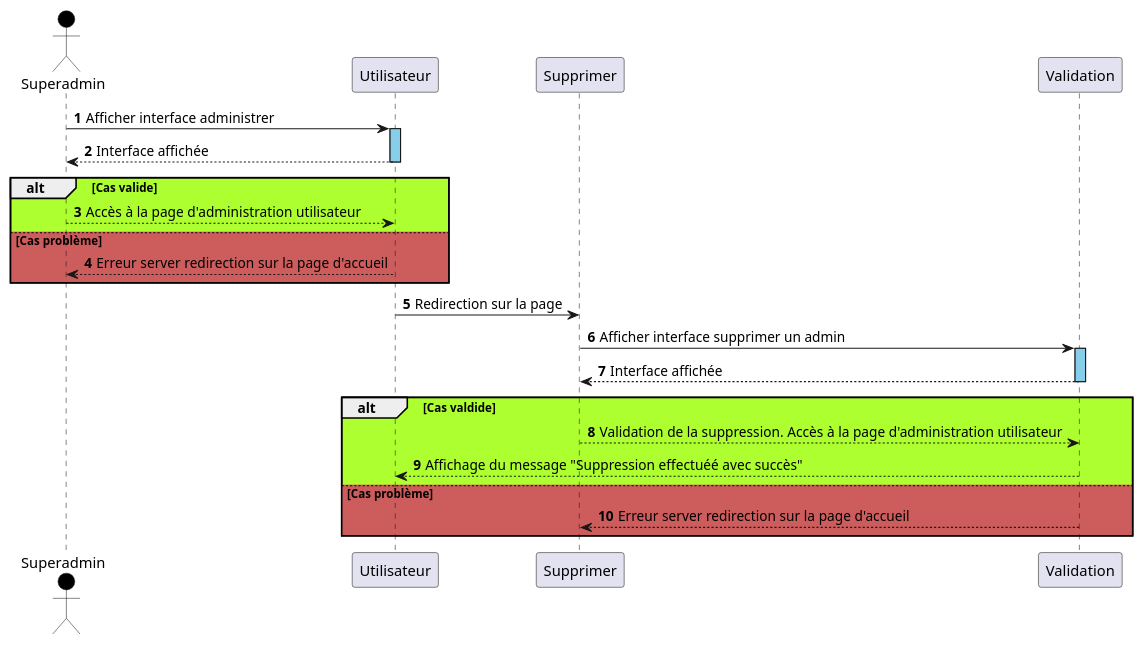
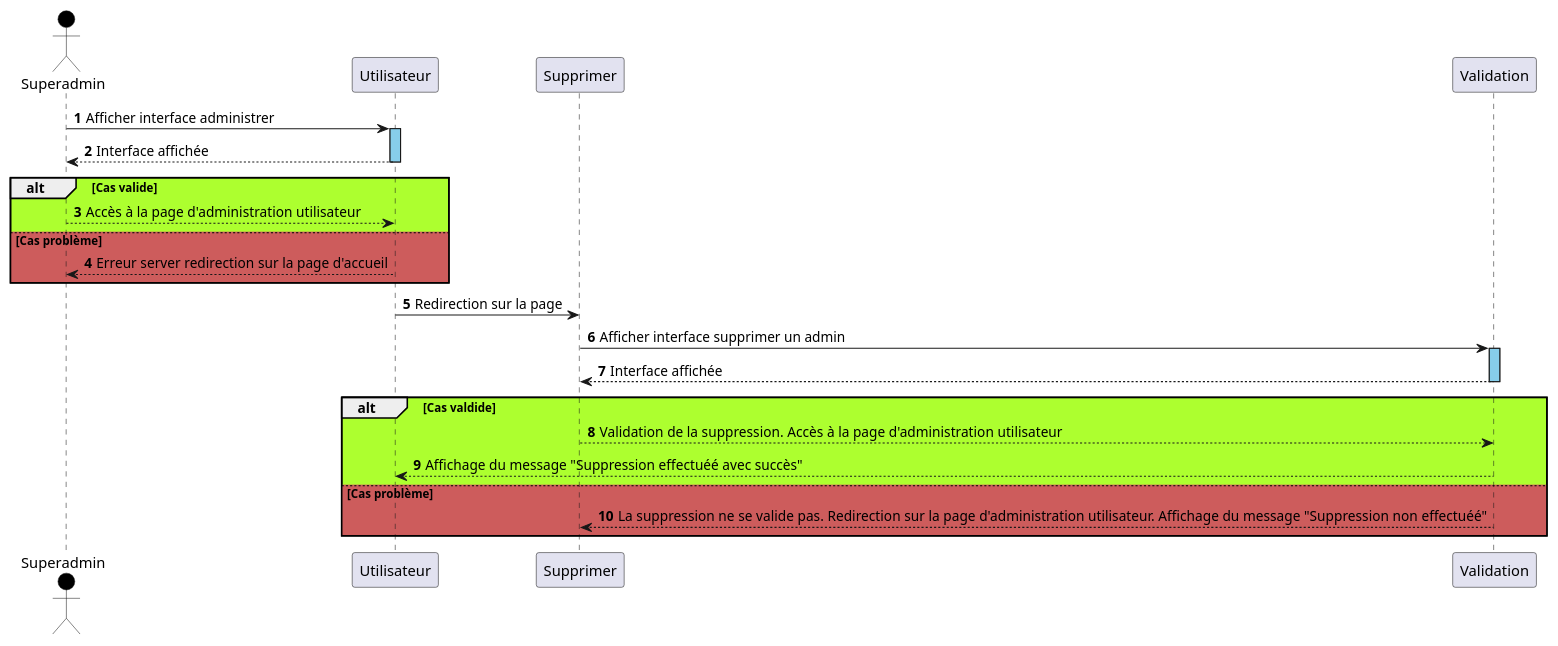
One commit to nwehla/QuidideanceTest changed the diagram in documents/analyse_uml/diagramme_de_sequence/diagramme_sequence_administrer/diagramme_sequence_supprimeradmin.wsd. Above: the diagram before and after it, drawn with PlantUML. The commit also changed 7 other files, not shown here.

```diff
--- a/documents/analyse_uml/diagramme_de_sequence/diagramme_sequence_administrer/diagramme_sequence_supprimeradmin.wsd
+++ b/documents/analyse_uml/diagramme_de_sequence/diagramme_sequence_administrer/diagramme_sequence_supprimeradmin.wsd
@@ -1,24 +1,24 @@
 @startuml supprimeradmin
 autonumber 
 actor Superadmin #Black
 Superadmin -> Utilisateur : Afficher interface administrer
 activate Utilisateur #SkyBlue
 Utilisateur --> Superadmin : Interface affichée
 deactivate Utilisateur
 alt #GreenYellow Cas valide 
 Utilisateur <-- Superadmin : Accès à la page d'administration utilisateur
 else #IndianRed Cas problème
 Utilisateur --> Superadmin : Erreur server redirection sur la page d'accueil
 end
 Utilisateur -> Supprimer : Redirection sur la page
 Supprimer -> Validation : Afficher interface supprimer un admin
 activate Validation #SkyBlue
 Validation --> Supprimer : Interface affichée
 deactivate Validation
 alt #GreenYellow Cas valdide 
 Supprimer --> Validation : Validation de la suppression. Accès à la page d'administration utilisateur
 Validation --> Utilisateur : Affichage du message "Suppression effectuéé avec succès"
 else #IndianRed Cas problème
-Supprimer <-- Validation : Erreur server redirection sur la page d'accueil
+Supprimer <-- Validation : La suppression ne se valide pas. Redirection sur la page d'administration utilisateur. Affichage du message "Suppression non effectuéé" 
 end
 @enduml
```
